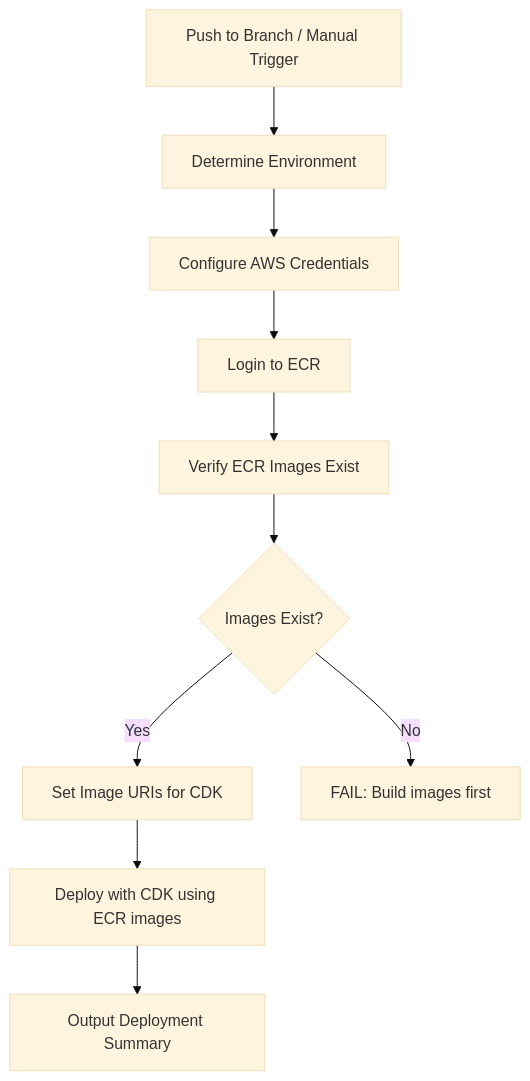
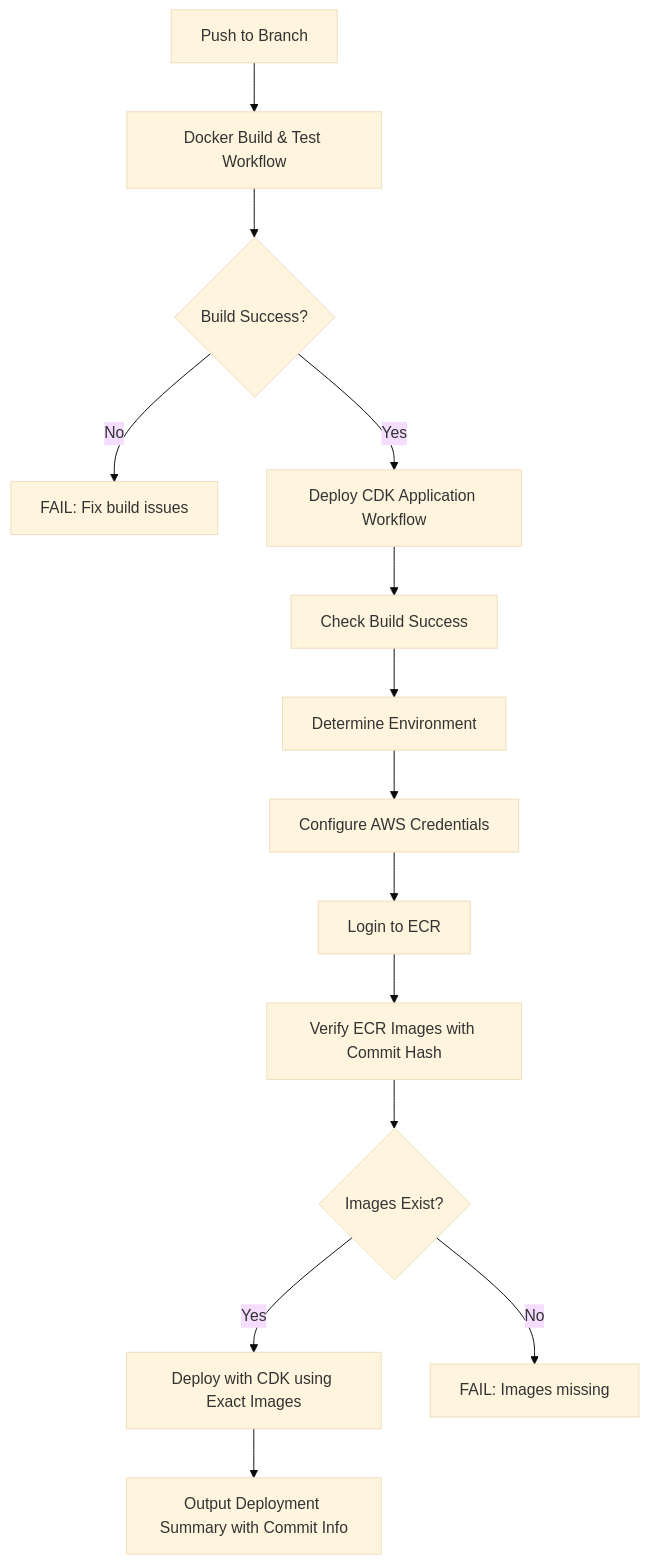
Before and after one commit to Lance-Kraakman/emery.AI: the diagram in .github/PIPELINE_CONSOLIDATION.md, drawn with Mermaid (base theme). The commit also changed other lines of this file and 1 other file, not shown here.

First line of the commit message:
Implement automatic workflow dependencies and commit hash versioning

````diff
--- a/.github/PIPELINE_CONSOLIDATION.md
+++ b/.github/PIPELINE_CONSOLIDATION.md
@@ -38,12 +38,16 @@
 ```mermaid
 graph TD
-    A[Push to Branch / Manual Trigger] --> B[Determine Environment]
-    B --> C[Configure AWS Credentials]
-    C --> D[Login to ECR]
-    D --> E[Verify ECR Images Exist]
-    E --> F{Images Exist?}
-    F -->|Yes| G[Set Image URIs for CDK]
-    F -->|No| H[FAIL: Build images first]
-    G --> I[Deploy with CDK using ECR images]
-    I --> J[Output Deployment Summary]
+    A[Push to Branch] --> B[Docker Build & Test Workflow]
+    B --> C{Build Success?}
+    C -->|No| D[FAIL: Fix build issues]
+    C -->|Yes| E[Deploy CDK Application Workflow]
+    E --> F[Check Build Success]
+    F --> G[Determine Environment]
+    G --> H[Configure AWS Credentials]
+    H --> I[Login to ECR]
+    I --> J[Verify ECR Images with Commit Hash]
+    J --> K{Images Exist?}
+    K -->|Yes| L[Deploy with CDK using Exact Images]
+    K -->|No| M[FAIL: Images missing]
+    L --> N[Output Deployment Summary with Commit Info]
 ```
````
